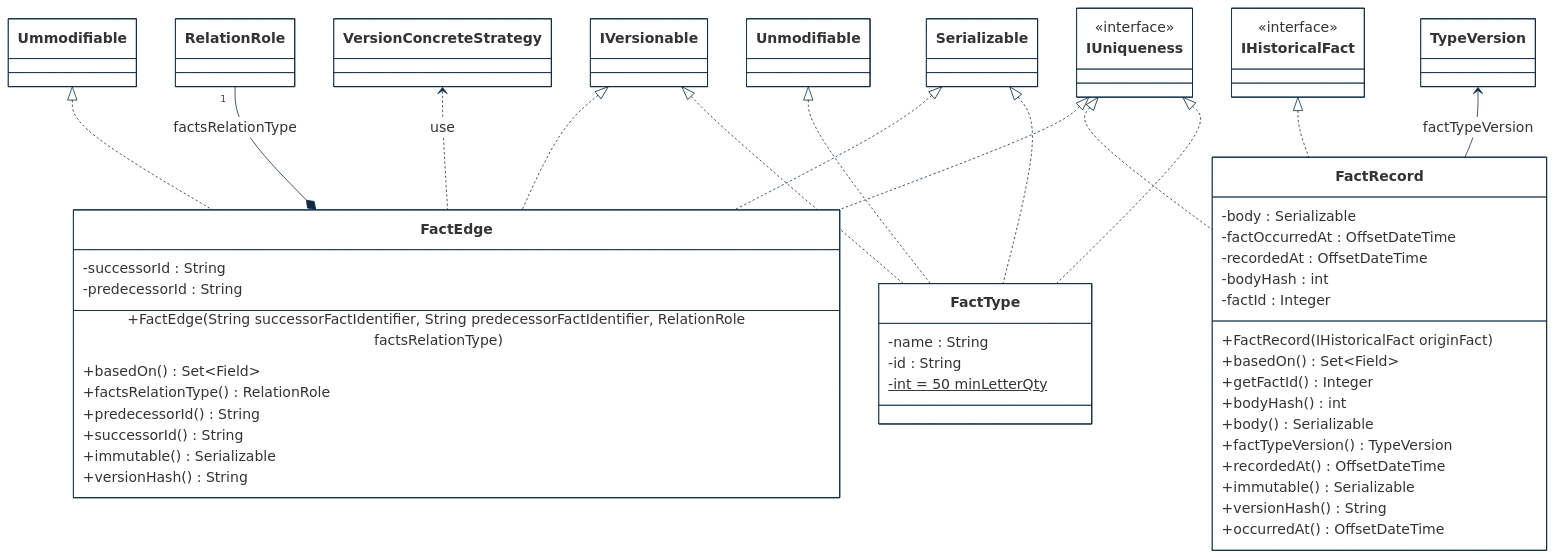
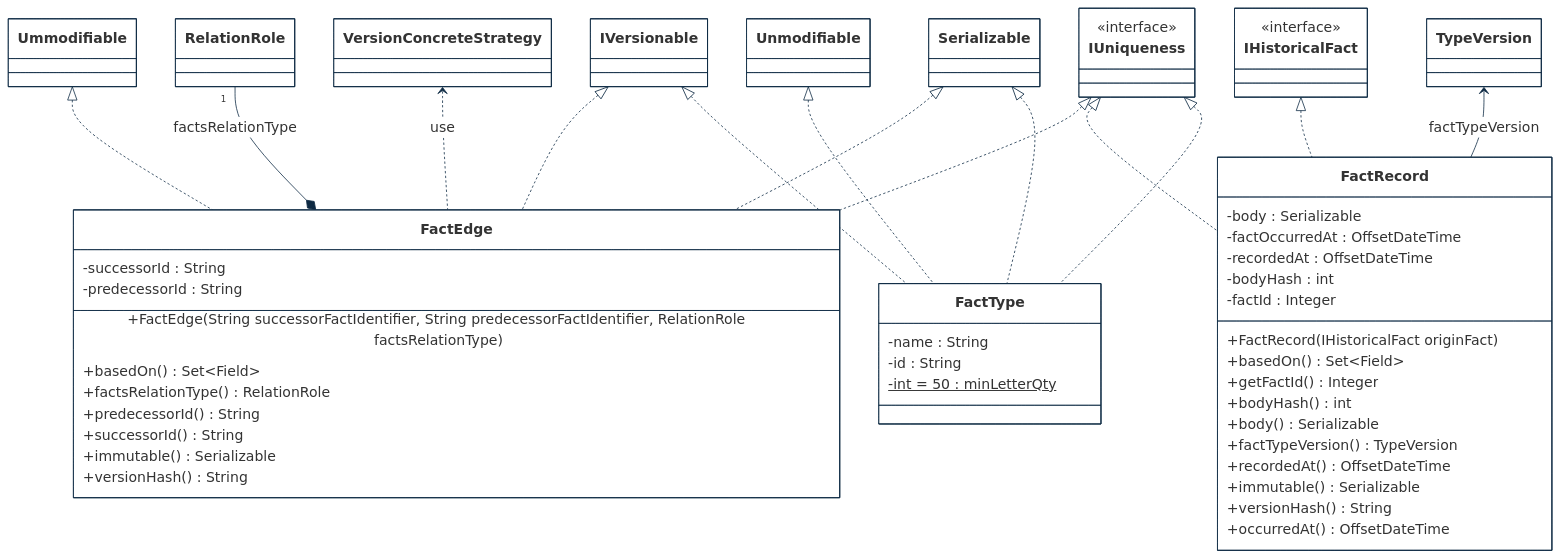
One commit to cybnity/foundation changed the first of 3 diagrams in implementations-line/framework/immutable/designview-packages.md. Above: the diagram before and after it, drawn with Mermaid.

````diff
--- a/implementations-line/framework/immutable/designview-packages.md
+++ b/implementations-line/framework/immutable/designview-packages.md
@@ -15,76 +15,76 @@
 ```mermaid
 %%{
   init: {
     'theme': 'base',
     'themeVariables': {
         'background': '#ffffff',
         'fontFamily': 'arial',
         'fontSize': '18px',
         'primaryColor': '#fff',
         'primaryBorderColor': '#0e2a43',
         'secondaryBorderColor': '#0e2a43',
         'tertiaryBorderColor': '#0e2a43',
         'edgeLabelBackground':'#0e2a43',
         'lineColor': '#0e2a43',
         'tertiaryColor': '#fff'
     }
   }
 }%%
 classDiagram
     Ummodifiable <|.. FactEdge
     Unmodifiable <|.. FactType
     IVersionable <|.. FactEdge
     IVersionable <|.. FactType
     RelationRole "1" --* FactEdge : factsRelationType
     IHistoricalFact <|.. FactRecord
     VersionConcreteStrategy <.. FactEdge : use
     IUniqueness <|.. FactEdge
     IUniqueness <|.. FactRecord
     IUniqueness <|.. FactType
     Serializable <|.. FactEdge
     Serializable <|.. FactType
     TypeVersion <-- FactRecord : factTypeVersion
 
     class FactType {
         -name : String
         -id : String
-        -int = 50 minLetterQty$
+        -int = 50 : minLetterQty$
     }
     class IHistoricalFact {
         <<interface>>
     }
     class IUniqueness {
         <<interface>>
     }
     class RelationRole {
     }
     class FactEdge {
         -successorId : String
         -predecessorId : String
         +FactEdge(String successorFactIdentifier, String predecessorFactIdentifier, RelationRole factsRelationType)
         +basedOn() Set~Field~
         +factsRelationType() RelationRole
         +predecessorId() String
         +successorId() String
         +immutable() Serializable
         +versionHash() String
     }
     class FactRecord {
         -body : Serializable
         -factOccurredAt : OffsetDateTime
         -recordedAt : OffsetDateTime
         -bodyHash : int
         -factId : Integer
         +FactRecord(IHistoricalFact originFact)
         +basedOn() Set~Field~
         +getFactId() Integer
         +bodyHash() int
         +body() Serializable
         +factTypeVersion() TypeVersion
         +recordedAt() OffsetDateTime
         +immutable() Serializable
         +versionHash() String
         +occurredAt() OffsetDateTime
     }
 
 ```
````
